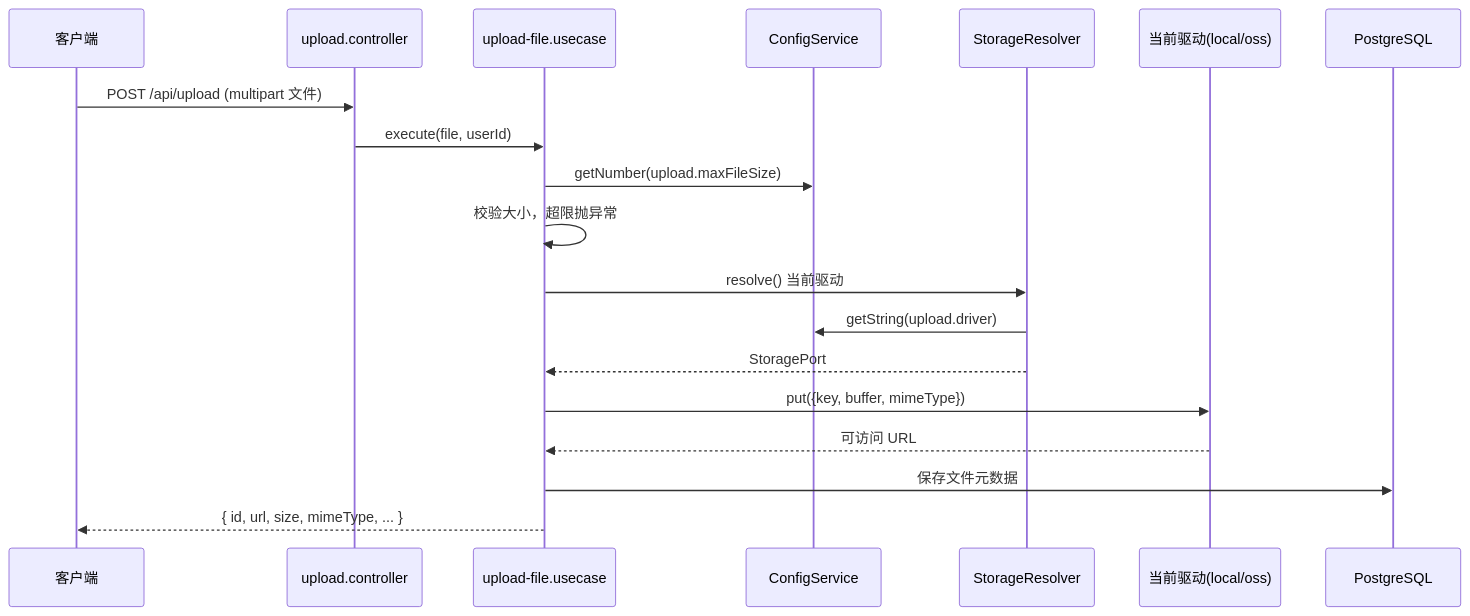
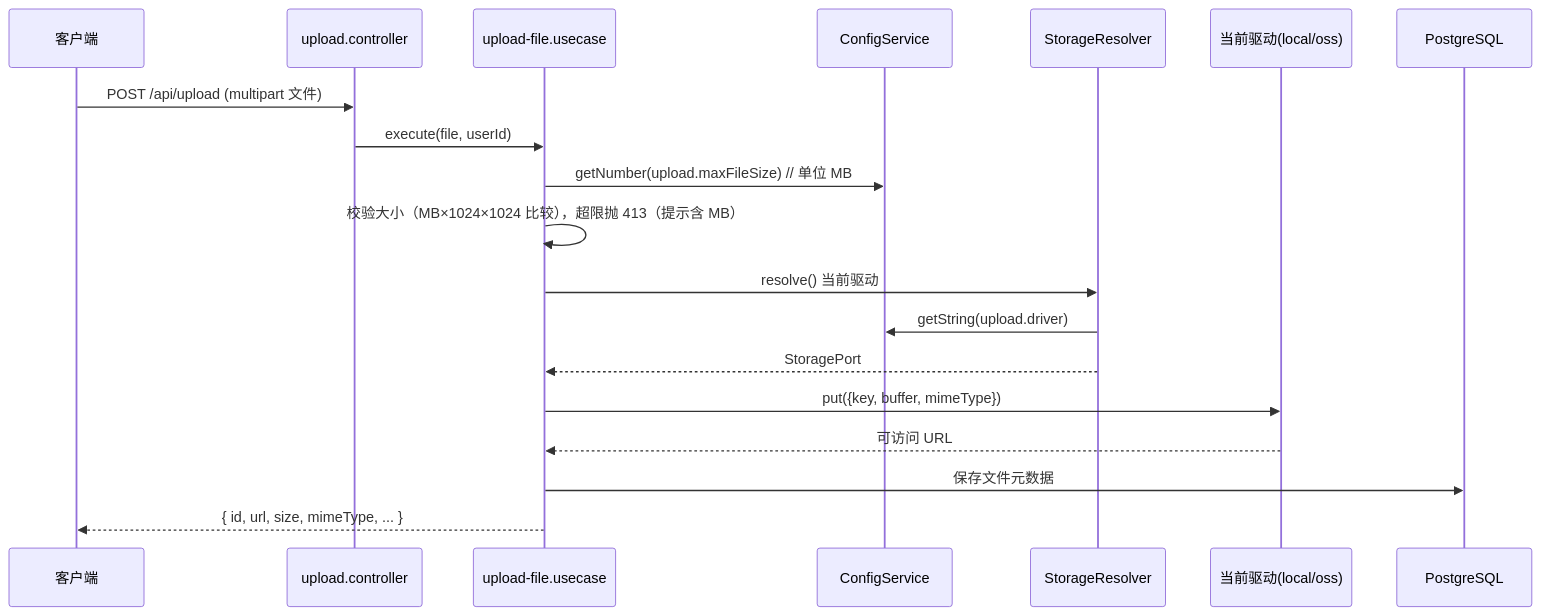
Before and after one commit to yiting001/E-sports-01: the second of 2 diagrams in docs/upload.md, drawn with Mermaid. The commit also changed other lines of this file and 6 other files, not shown here.

First line of the commit message:
fix(upload): maxFileSize 单位改为 MB 并补全上传失败提示

````diff
--- a/docs/upload.md
+++ b/docs/upload.md
@@ -75,22 +75,22 @@
 ```mermaid
 sequenceDiagram
   participant C as 客户端
   participant Ctl as upload.controller
   participant UU as upload-file.usecase
   participant Cfg as ConfigService
   participant SR as StorageResolver
   participant DRV as 当前驱动(local/oss)
   participant DB as PostgreSQL
 
   C->>Ctl: POST /api/upload (multipart 文件)
   Ctl->>UU: execute(file, userId)
-  UU->>Cfg: getNumber(upload.maxFileSize)
-  UU->>UU: 校验大小，超限抛异常
+  UU->>Cfg: getNumber(upload.maxFileSize) // 单位 MB
+  UU->>UU: 校验大小（MB×1024×1024 比较），超限抛 413（提示含 MB）
   UU->>SR: resolve() 当前驱动
   SR->>Cfg: getString(upload.driver)
   SR-->>UU: StoragePort
   UU->>DRV: put({key, buffer, mimeType})
   DRV-->>UU: 可访问 URL
   UU->>DB: 保存文件元数据
   UU-->>C: { id, url, size, mimeType, ... }
 ```
````
